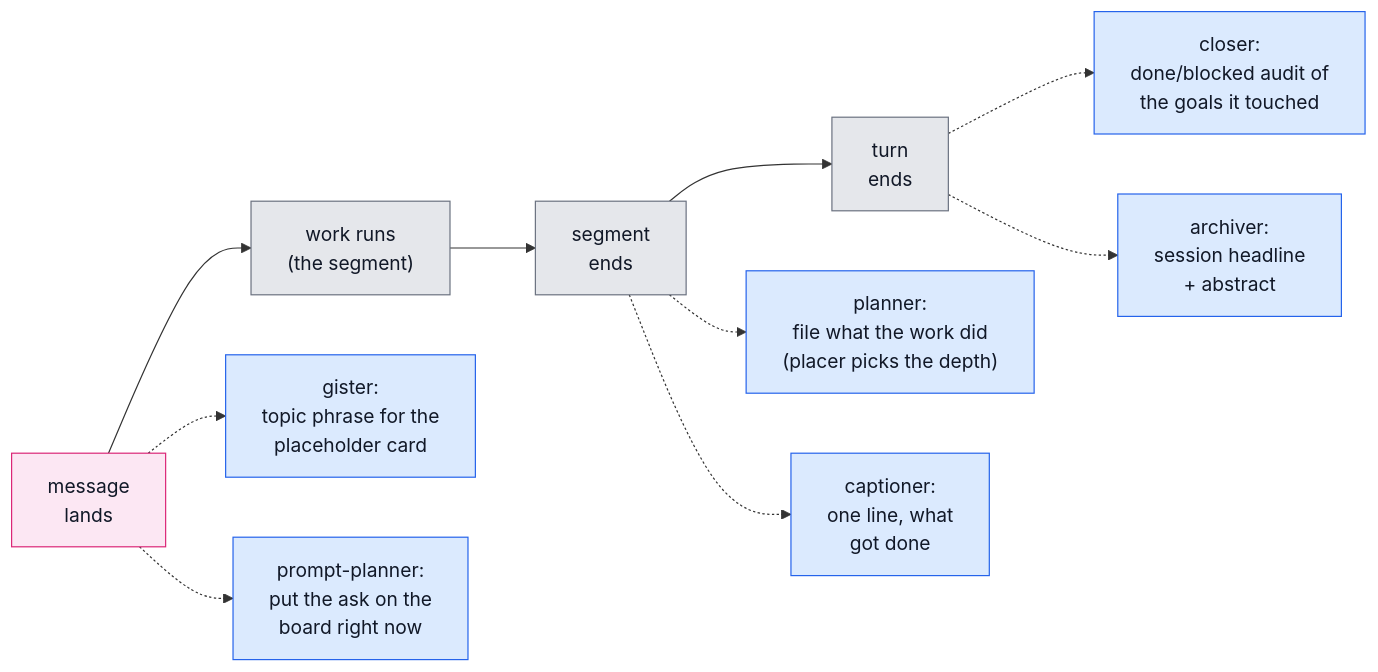
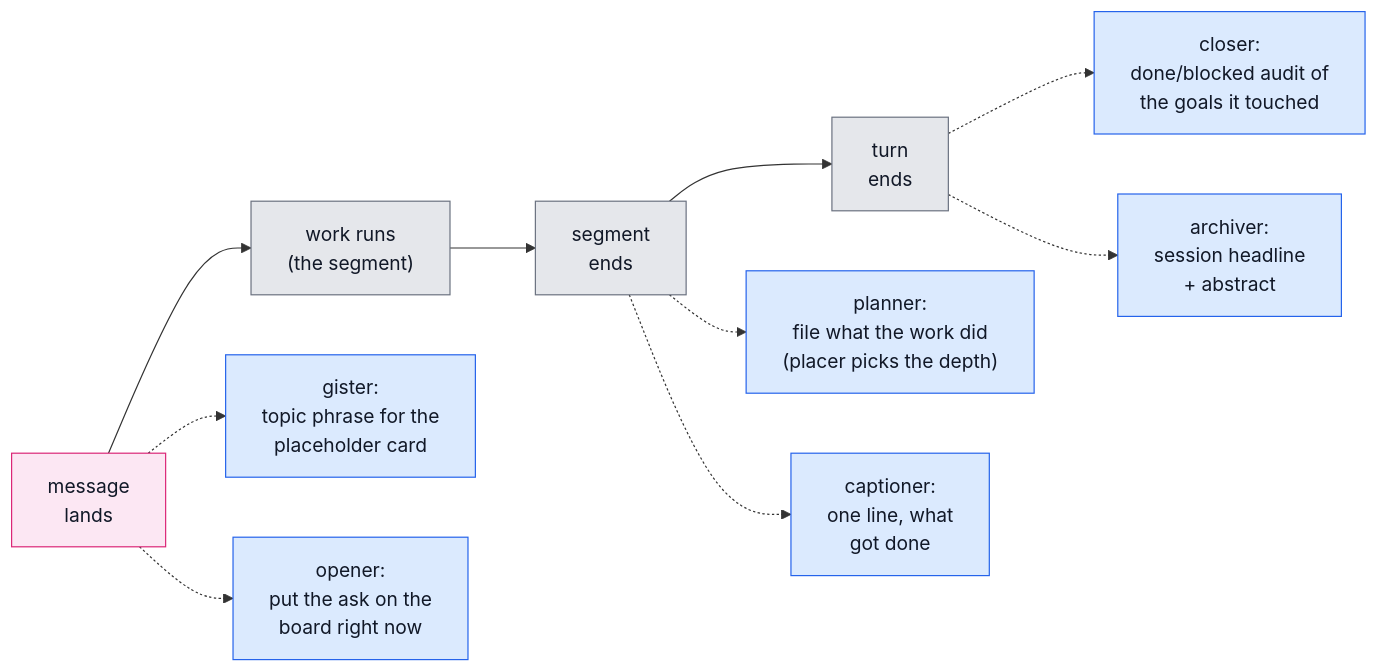
Before and after one commit to Chris-mian/romp: the second of 5 diagrams in docs/judge-pipeline.md, drawn with Mermaid. The commit also changed other lines of this file and 8 other files, not shown here.

````diff
--- a/docs/judge-pipeline.md
+++ b/docs/judge-pipeline.md
@@ -57,13 +57,13 @@
 ```mermaid
 flowchart LR
     M["message<br/>lands"]:::user --> W["work runs<br/>(the segment)"]:::det --> E["segment<br/>ends"]:::det --> X["turn<br/>ends"]:::det
     M -.-> GI["gister:<br/>topic phrase for the<br/>placeholder card"]:::llm
-    M -.-> PP["prompt-planner:<br/>put the ask on the<br/>board right now"]:::llm
+    M -.-> PP["opener:<br/>put the ask on the<br/>board right now"]:::llm
     E -.-> PL["planner:<br/>file what the work did<br/>(placer picks the depth)"]:::llm
     E -.-> CA["captioner:<br/>one line, what<br/>got done"]:::llm
     X -.-> CL["closer:<br/>done/blocked audit of<br/>the goals it touched"]:::llm
     X -.-> AR["archiver:<br/>session headline<br/>+ abstract"]:::llm
     classDef llm fill:#dbeafe,stroke:#2563eb,color:#111827
     classDef det fill:#e5e7eb,stroke:#6b7280,color:#111827
     classDef user fill:#fce7f3,stroke:#db2777,color:#111827
 ```
````
